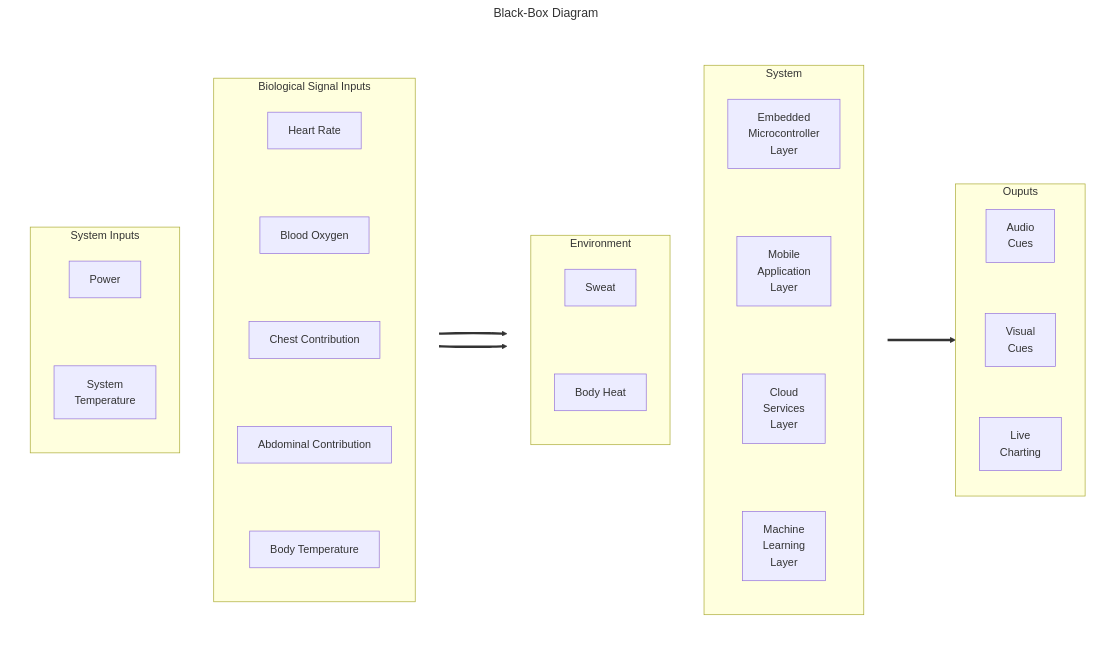
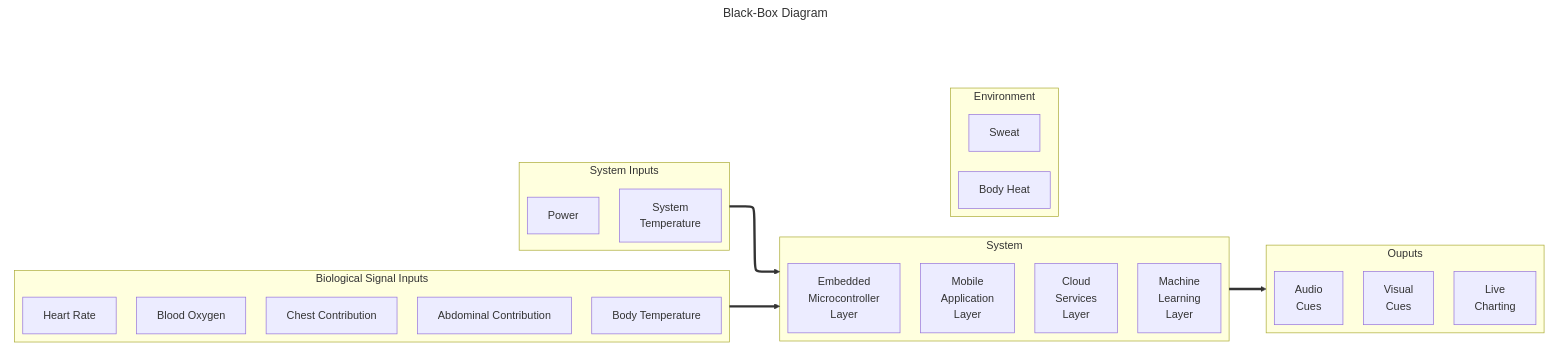
Before and after one commit to ARRR-Coen-Elec-490/docs: the diagram in system-architecture/black-box.md, drawn with Mermaid.

````diff
--- a/system-architecture/black-box.md
+++ b/system-architecture/black-box.md
@@ -9,6 +9,8 @@
 ```mermaid
 ---
 title: Black-Box Diagram
+config:
+    layout: elk
 ---
 flowchart LR
     %% Inputs
````
